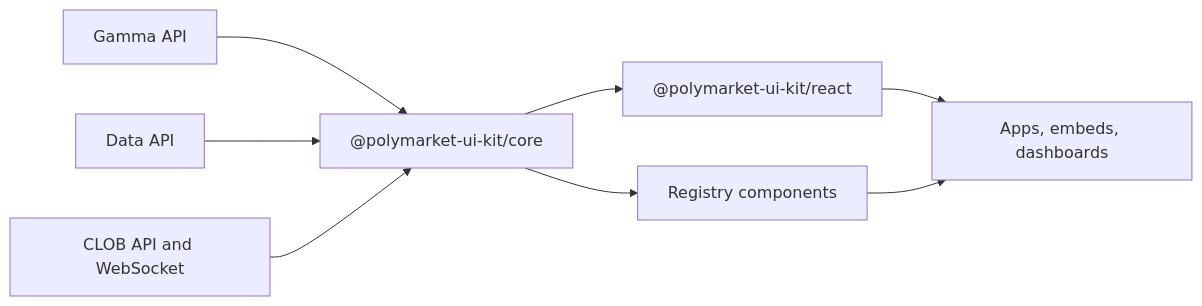
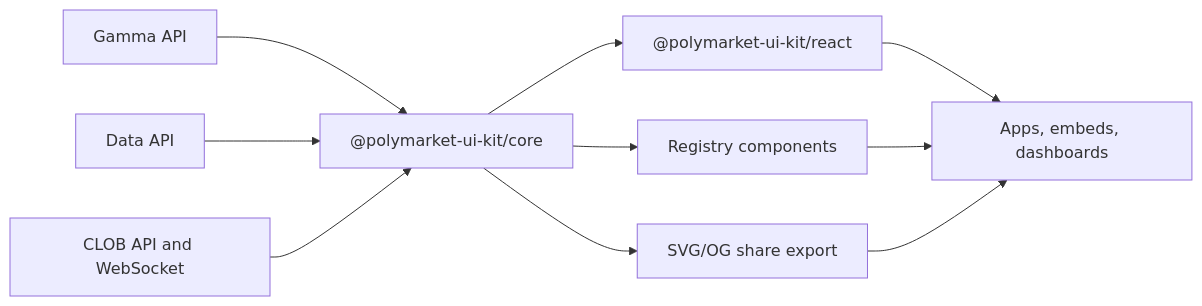
Before and after one commit to horn111/polymarket-ui-kit: the diagram in docs/architecture.md, drawn with Mermaid. The commit also changed other lines of this file and 28 other files, not shown here.

Commit message:
Add public market hooks and share export

````diff
--- a/docs/architecture.md
+++ b/docs/architecture.md
@@ -16,10 +16,12 @@
 ```mermaid
 flowchart LR
   A["Gamma API"] --> D["@polymarket-ui-kit/core"]
   B["Data API"] --> D
   C["CLOB API and WebSocket"] --> D
   D --> E["@polymarket-ui-kit/react"]
+  D --> H["SVG/OG share export"]
   D --> F["Registry components"]
   E --> G["Apps, embeds, dashboards"]
   F --> G
+  H --> G
 ```
````
